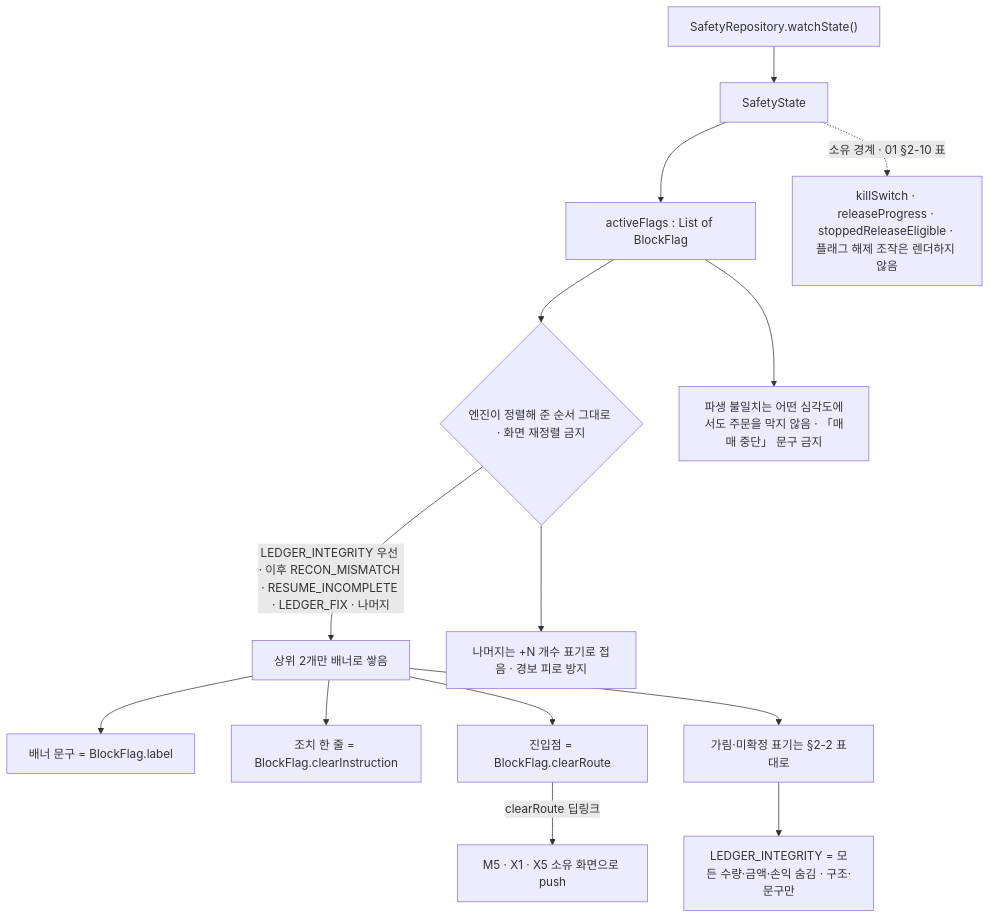
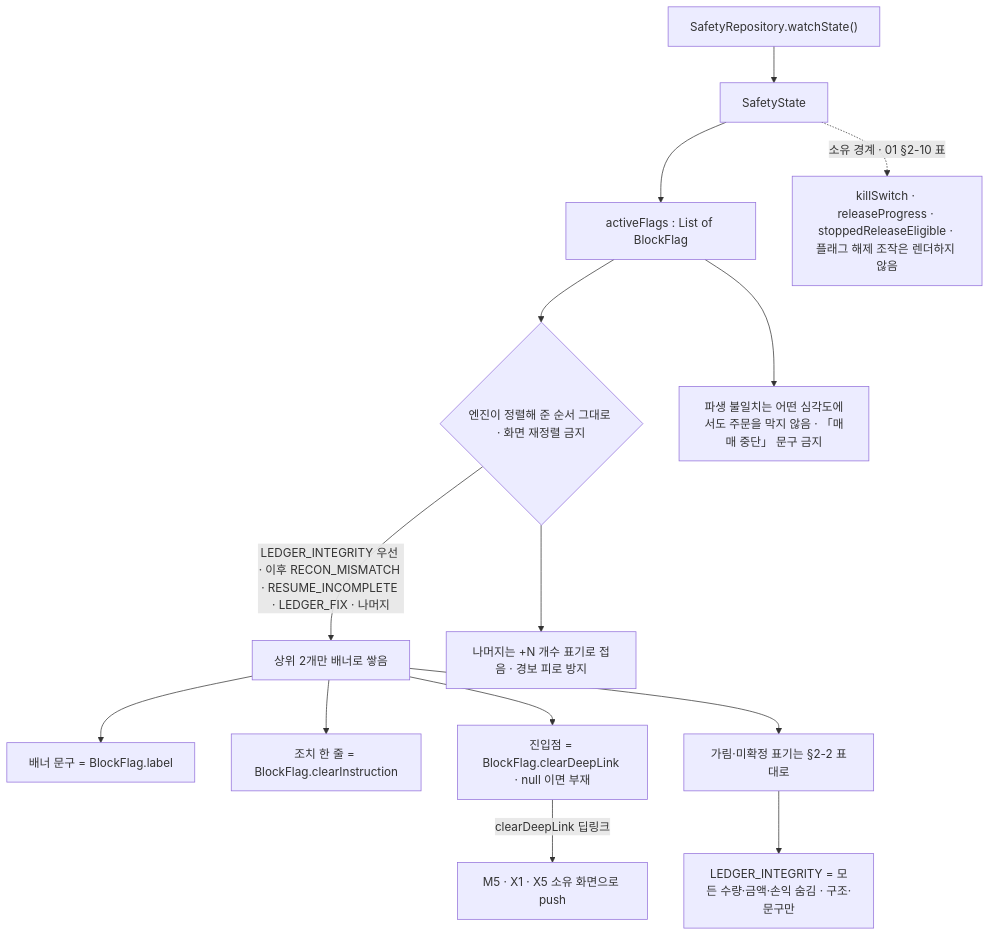
The second of 27 diagrams in docs/ai-context/02_화면명세_M6_매매일지_보유현황.md (billybeom/AutoAlphaQuant), drawn with Mermaid before and after one commit. The commit also changed other lines of this file and 2 other files, not shown here.

````diff
--- a/docs/ai-context/02_화면명세_M6_매매일지_보유현황.md
+++ b/docs/ai-context/02_화면명세_M6_매매일지_보유현황.md
@@ -160,30 +160,30 @@
 ```mermaid
 flowchart TD
   SR["SafetyRepository.watchState()"]
   SS["SafetyState"]
   FLAGS["activeFlags : List of BlockFlag"]
   PRI{"엔진이 정렬해 준 순서 그대로 · 화면 재정렬 금지"}
   TOP2["상위 2개만 배너로 쌓음"]
   FOLD["나머지는 +N 개수 표기로 접음 · 경보 피로 방지"]
   LBL["배너 문구 = BlockFlag.label"]
   INS["조치 한 줄 = BlockFlag.clearInstruction"]
-  RTE["진입점 = BlockFlag.clearRoute"]
+  RTE["진입점 = BlockFlag.clearDeepLink · null 이면 부재"]
   MASK["가림·미확정 표기는 §2-2 표대로"]
   INTEG["LEDGER_INTEGRITY = 모든 수량·금액·손익 숨김 · 구조·문구만"]
   DERIV["파생 불일치는 어떤 심각도에서도 주문을 막지 않음 · 「매매 중단」 문구 금지"]
   M5["M5 · X1 · X5 소유 화면으로 push"]
   NOOWN["killSwitch · releaseProgress · stoppedReleaseEligible · 플래그 해제 조작은 렌더하지 않음"]
   SR --> SS
   SS --> FLAGS
   FLAGS --> PRI
   PRI -->|"LEDGER_INTEGRITY 우선 · 이후 RECON_MISMATCH · RESUME_INCOMPLETE · LEDGER_FIX · 나머지"| TOP2
   PRI --> FOLD
   TOP2 --> LBL
   TOP2 --> INS
   TOP2 --> RTE
   TOP2 --> MASK
   MASK --> INTEG
   FLAGS --> DERIV
-  RTE -->|"clearRoute 딥링크"| M5
+  RTE -->|"clearDeepLink 딥링크"| M5
   SS -.->|"소유 경계 · 01 §2-10 표"| NOOWN
 ```
````
